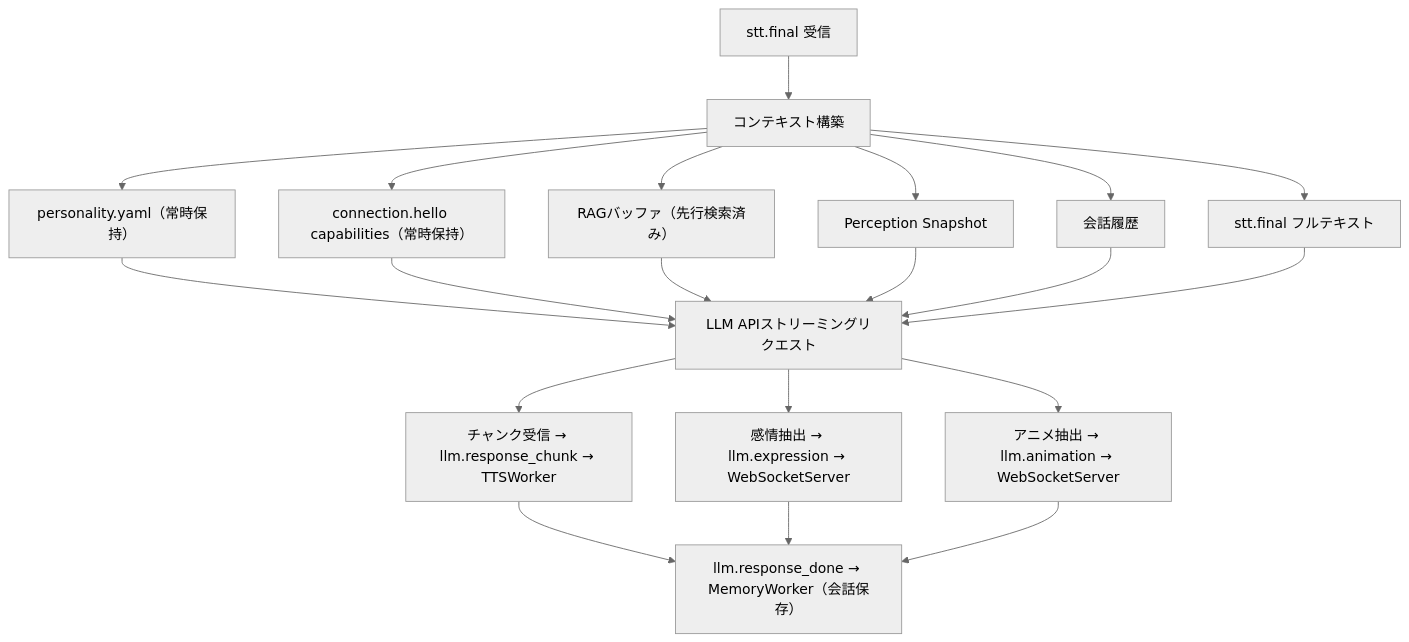
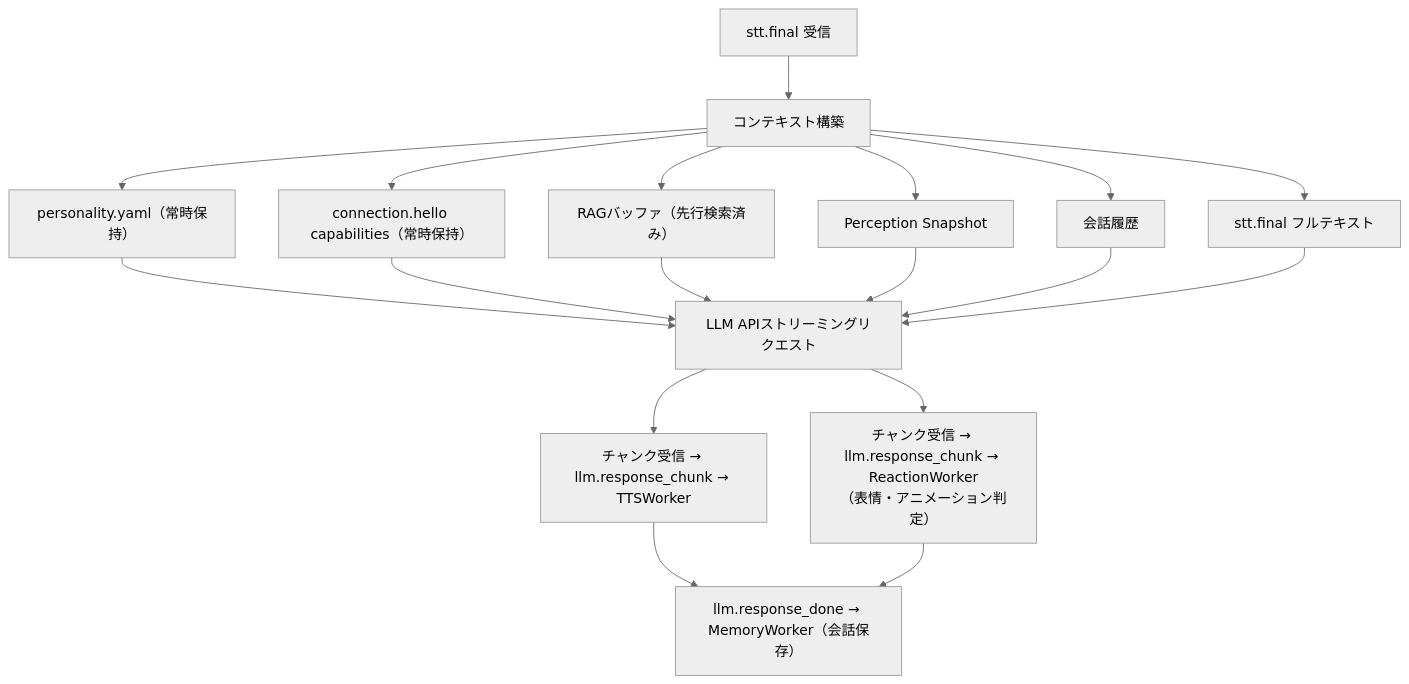
One commit to miumo6329/ai-avatar-framework changed the fifth of 9 diagrams in docs/llm-conversation-design.md. Above: the diagram before and after it, drawn with Mermaid (neutral theme). The commit also changed other lines of this file and 3 other files, not shown here.

````diff
--- a/docs/llm-conversation-design.md
+++ b/docs/llm-conversation-design.md
@@ -151,15 +224,14 @@
 ```mermaid
 flowchart TD
     A["stt.final 受信"] --> B["コンテキスト構築"]
     B --> B1["personality.yaml（常時保持）"]
     B --> B2["connection.hello capabilities（常時保持）"]
     B --> B3["RAGバッファ（先行検索済み）"]
     B --> B4["Perception Snapshot"]
     B --> B5["会話履歴"]
     B --> B6["stt.final フルテキスト"]
     B1 & B2 & B3 & B4 & B5 & B6 --> C["LLM APIストリーミングリクエスト"]
     C --> D1["チャンク受信 → llm.response_chunk → TTSWorker"]
-    C --> D2["感情抽出 → llm.expression → WebSocketServer"]
-    C --> D3["アニメ抽出 → llm.animation → WebSocketServer"]
-    D1 & D2 & D3 --> E["llm.response_done → MemoryWorker（会話保存）"]
+    C --> D2["チャンク受信 → llm.response_chunk → ReactionWorker<br/>（表情・アニメーション判定）"]
+    D1 & D2 --> E["llm.response_done → MemoryWorker（会話保存）"]
 ```
````
